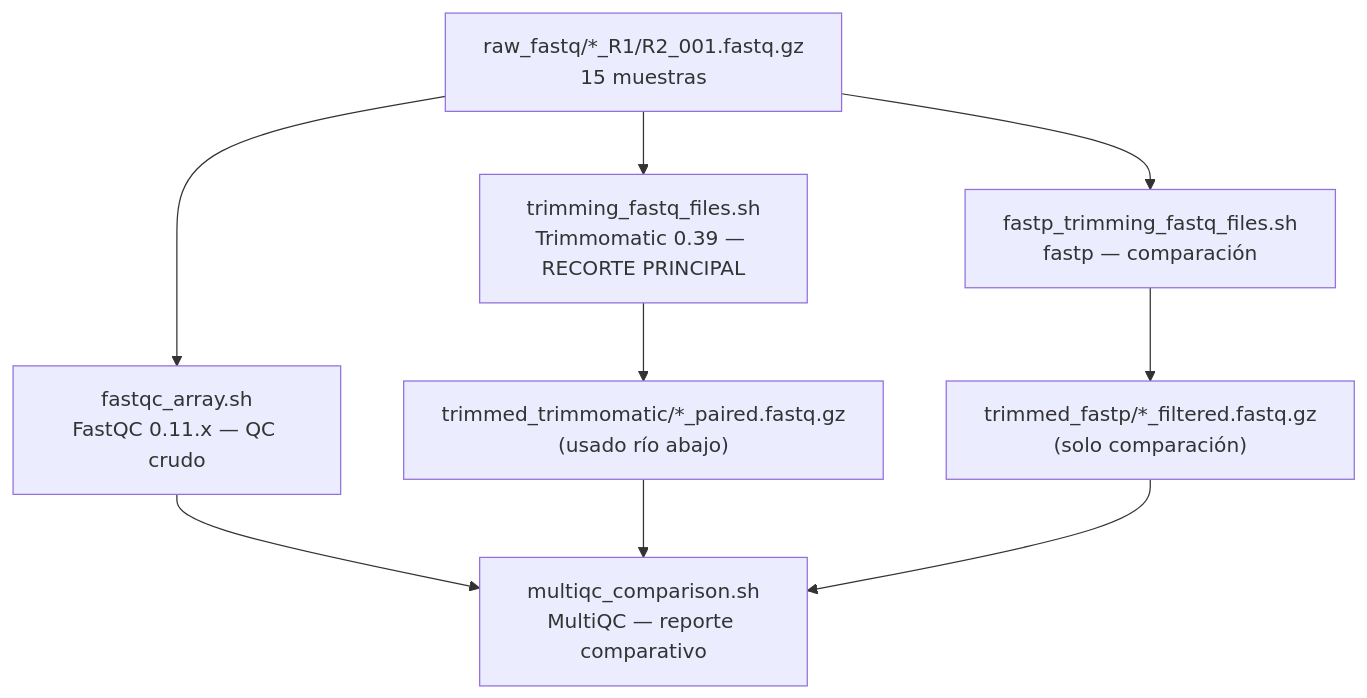
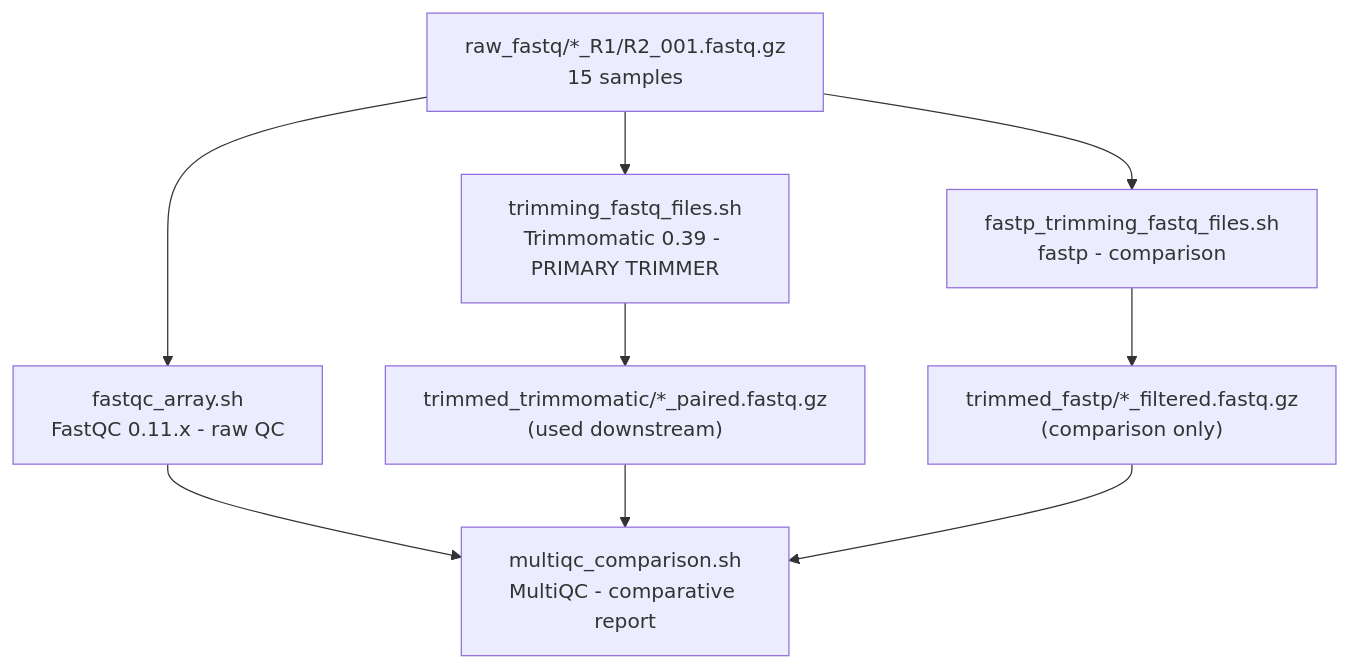
Before and after one commit to diegomartinez33/guppy-crispr-wgs-pipeline: the first of 9 diagrams in docs/PIPELINE.md, drawn with Mermaid. The commit also changed other lines of this file and 11 other files, not shown here.

````diff
--- a/docs/PIPELINE.md
+++ b/docs/PIPELINE.md
@@ -33,9 +33,9 @@
 ```mermaid
 flowchart TD
-    A["raw_fastq/*_R1/R2_001.fastq.gz\n15 muestras"] --> B["fastqc_array.sh\nFastQC 0.11.x — QC crudo"]
-    A --> C["trimming_fastq_files.sh\nTrimmomatic 0.39 — RECORTE PRINCIPAL"]
-    A --> D["fastp_trimming_fastq_files.sh\nfastp — comparación"]
-    C --> E["trimmed_trimmomatic/*_paired.fastq.gz\n(usado río abajo)"]
-    D --> F["trimmed_fastp/*_filtered.fastq.gz\n(solo comparación)"]
-    B & E & F --> G["multiqc_comparison.sh\nMultiQC — reporte comparativo"]
+    A["raw_fastq/*_R1/R2_001.fastq.gz\n15 samples"] --> B["fastqc_array.sh\nFastQC 0.11.x - raw QC"]
+    A --> C["trimming_fastq_files.sh\nTrimmomatic 0.39 - PRIMARY TRIMMER"]
+    A --> D["fastp_trimming_fastq_files.sh\nfastp - comparison"]
+    C --> E["trimmed_trimmomatic/*_paired.fastq.gz\n(used downstream)"]
+    D --> F["trimmed_fastp/*_filtered.fastq.gz\n(comparison only)"]
+    B & E & F --> G["multiqc_comparison.sh\nMultiQC - comparative report"]
 ```
````
